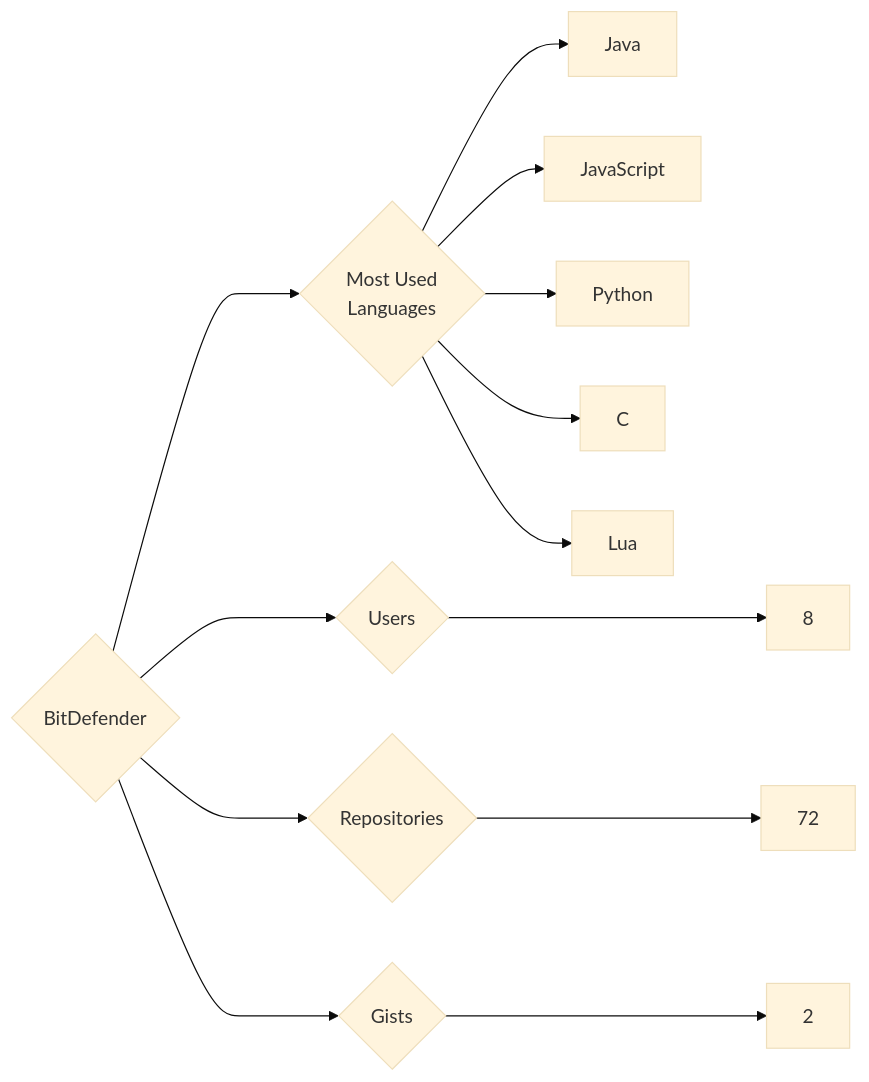
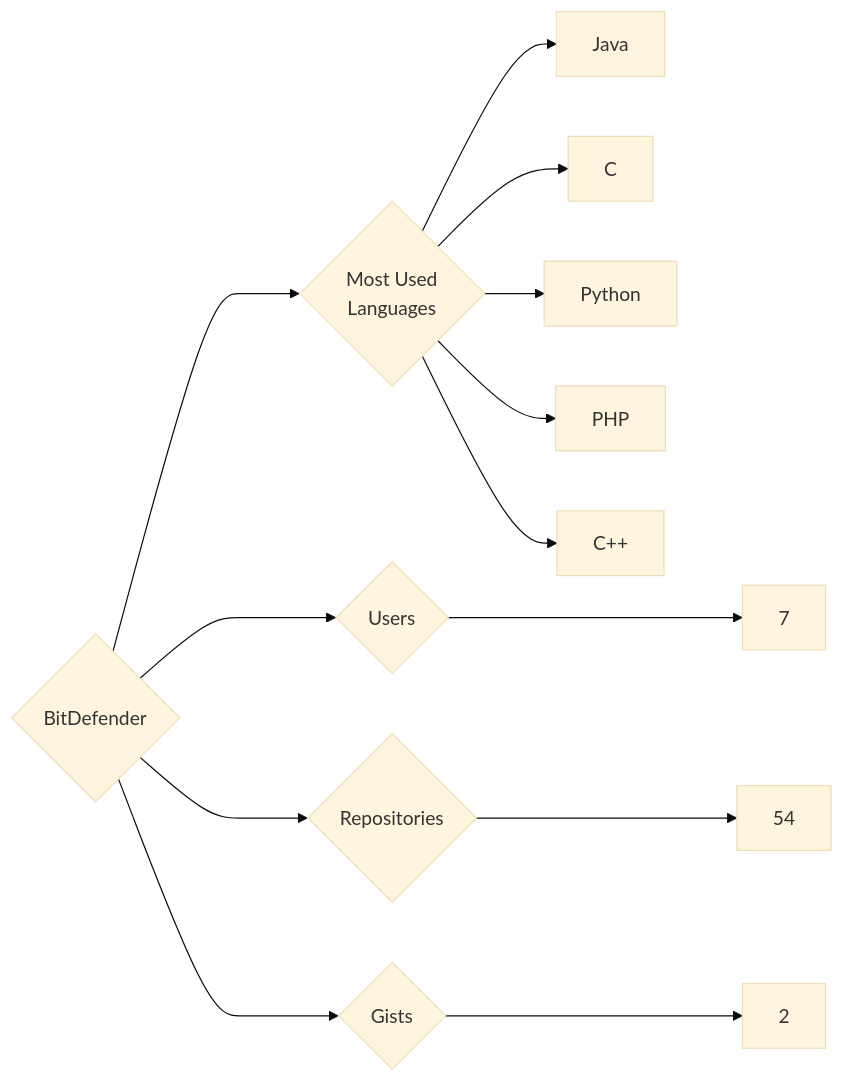
One commit to trickest/insiders changed the diagram in targets/BitDefender/README.md. Above: the diagram before and after it, drawn with Mermaid (base theme). The commit also changed 951 other files, not shown here.

````diff
--- a/targets/BitDefender/README.md
+++ b/targets/BitDefender/README.md
@@ -3,13 +3,13 @@
 ```mermaid
 graph LR
 COMPANY_NAME{BitDefender}
-COMPANY_NAME ---> U{Users} ---> UN[8]
-COMPANY_NAME ---> R{Repositories} ---> RN[72]
+COMPANY_NAME ---> U{Users} ---> UN[7]
+COMPANY_NAME ---> R{Repositories} ---> RN[54]
 COMPANY_NAME ---> G{Gists} ---> GN[2]
 COMPANY_NAME ---> ML{Most Used<br>Languages}
 ML --> Java[Java]
-ML --> JavaScript[JavaScript]
+ML --> C[C]
 ML --> Python[Python]
-ML --> C[C]
-ML --> Lua[Lua]
+ML --> PHP[PHP]
+ML --> C++[C++]
 ```
````
